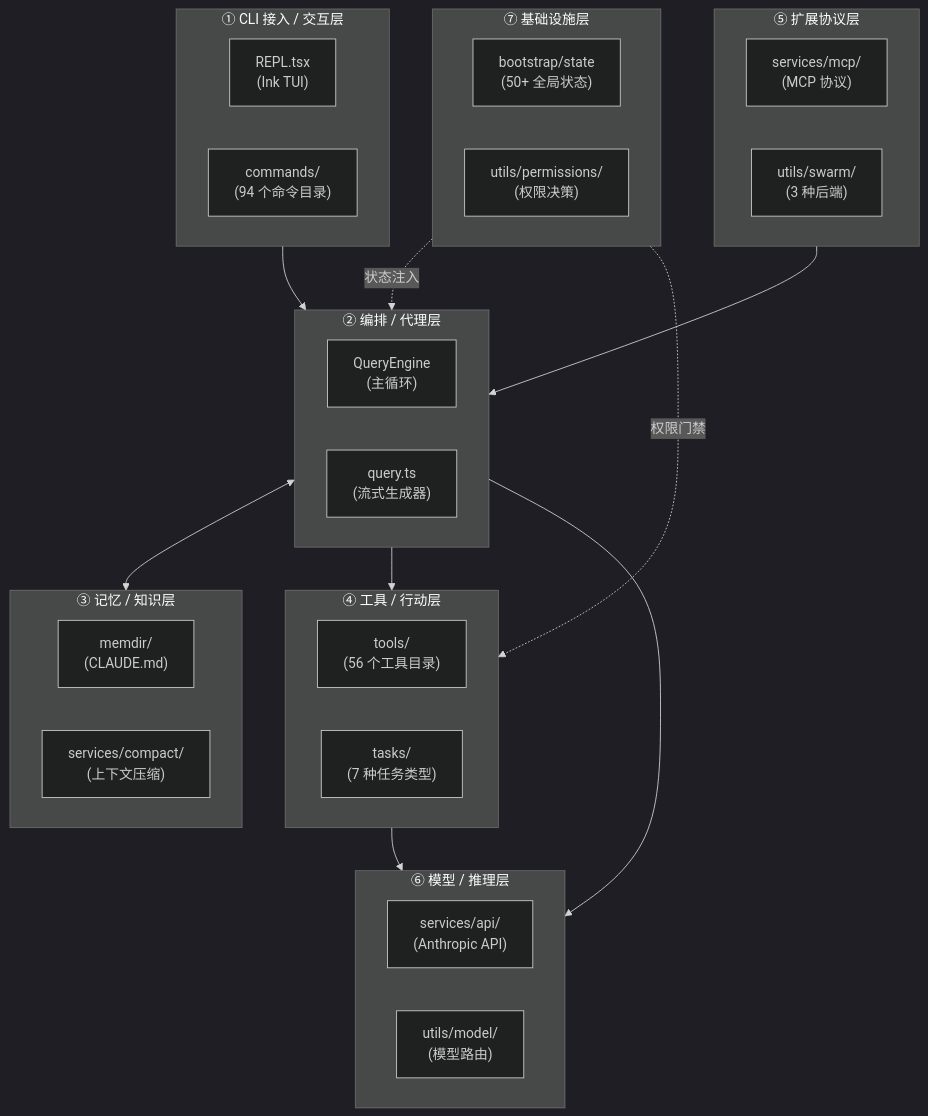
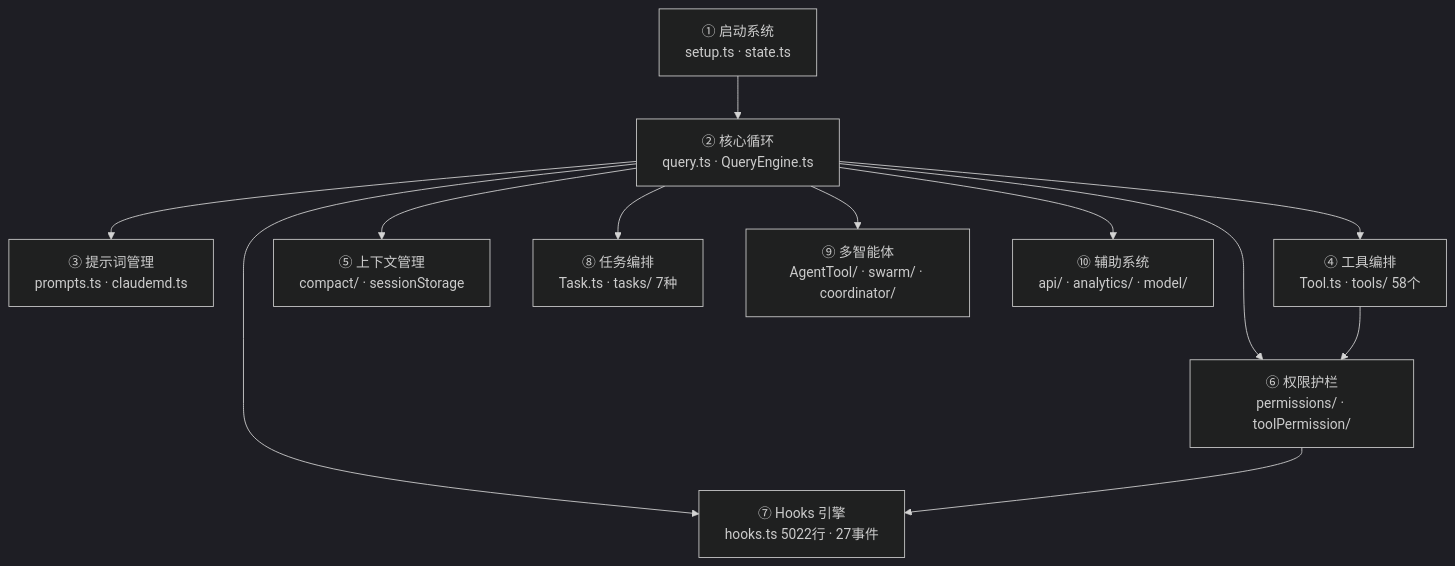
One commit to weiping/claude-code-book changed the first of 3 diagrams in claude-code-engineering-patterns/book/src/part1/ch01.md. Above: the diagram before and after it, drawn with Mermaid (dark theme). The commit also changed other lines of this file and 700 other files, not shown here.

First line of the commit message:
docs: restructure engineering patterns book to 3-layer architecture

````diff
--- a/claude-code-engineering-patterns/book/src/part1/ch01.md
+++ b/claude-code-engineering-patterns/book/src/part1/ch01.md
@@ -96,46 +61,27 @@
 ```mermaid
 graph TD
-    subgraph L1["① CLI 接入 / 交互层"]
-        REPL["REPL.tsx\n(Ink TUI)"]
-        CMD["commands/\n(94 个命令目录)"]
-    end
+    CORE["② 核心循环
+query.ts · QueryEngine.ts"]
 
-    subgraph L2["② 编排 / 代理层"]
-        QE["QueryEngine\n(主循环)"]
-        QL["query.ts\n(流式生成器)"]
-    end
+    BOOT["① 启动系统
+setup.ts · state.ts"] --> CORE
+    CORE --> PROMPT["③ 提示词管理
+prompts.ts · claudemd.ts"]
+    CORE --> TOOL["④ 工具编排
+Tool.ts · tools/ 58个"]
+    CORE --> CTX["⑤ 上下文管理
+compact/ · sessionStorage"]
+    CORE --> PERM["⑥ 权限护栏
+permissions/ · toolPermission/"]
+    CORE --> HOOKS["⑦ Hooks 引擎
+hooks.ts 5022行 · 27事件"]
+    CORE --> TASK["⑧ 任务编排
+Task.ts · tasks/ 7种"]
+    CORE --> AGENT["⑨ 多智能体
+AgentTool/ · swarm/ · coordinator/"]
+    CORE --> AUX["⑩ 辅助系统
+api/ · analytics/ · model/"]
 
-    subgraph L3["③ 记忆 / 知识层"]
-        MEM["memdir/\n(CLAUDE.md)"]
-        CMP["services/compact/\n(上下文压缩)"]
-    end
-
-    subgraph L4["④ 工具 / 行动层"]
-        TOOL["tools/\n(56 个工具目录)"]
-        TASK["tasks/\n(7 种任务类型)"]
-    end
-
-    subgraph L5["⑤ 扩展协议层"]
-        MCP["services/mcp/\n(MCP 协议)"]
-        SWM["utils/swarm/\n(3 种后端)"]
-    end
-
-    subgraph L6["⑥ 模型 / 推理层"]
-        API["services/api/\n(Anthropic API)"]
-        MDL["utils/model/\n(模型路由)"]
-    end
-
-    subgraph L7["⑦ 基础设施层"]
-        BST["bootstrap/state\n(50+ 全局状态)"]
-        PERM["utils/permissions/\n(权限决策)"]
-    end
-
-    L1 --> L2
-    L2 <--> L3
-    L2 --> L4
-    L4 --> L6
-    L5 --> L2
-    L2 --> L6
-    L7 -. 状态注入 .-> L2
-    L7 -. 权限门禁 .-> L4
+    TOOL --> PERM
+    PERM --> HOOKS
 ```
````
